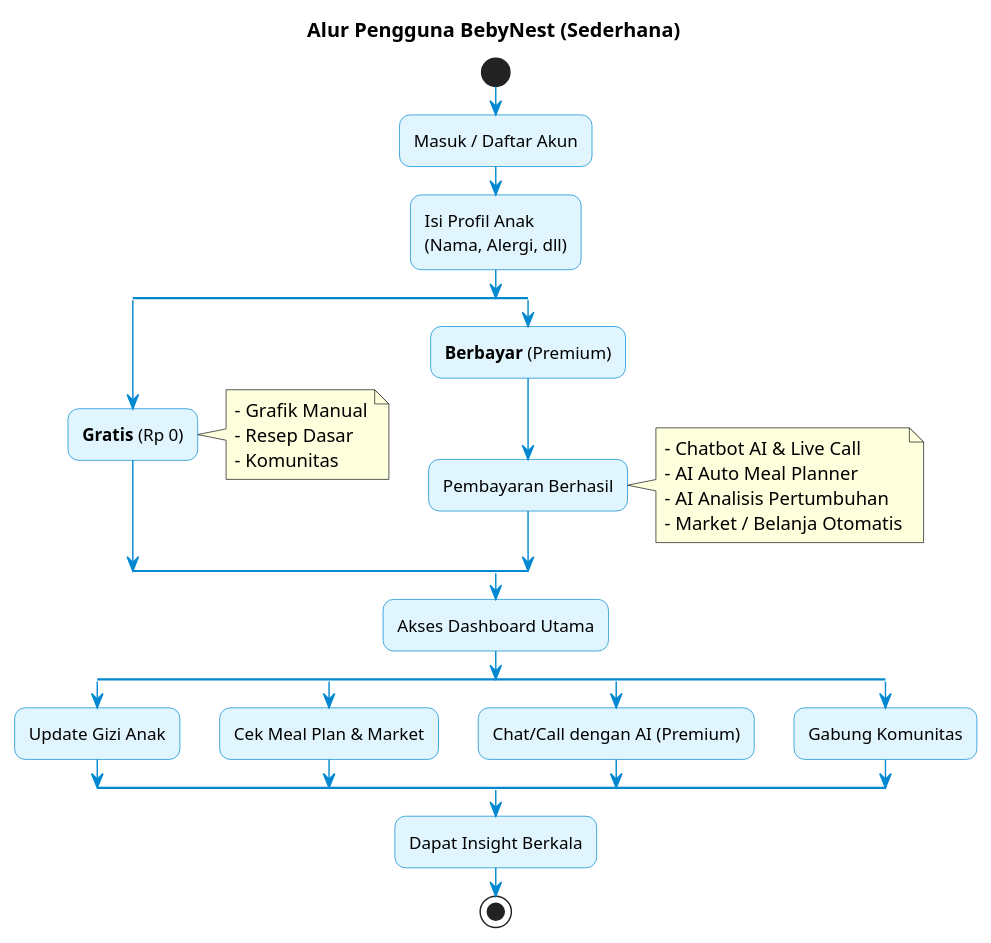
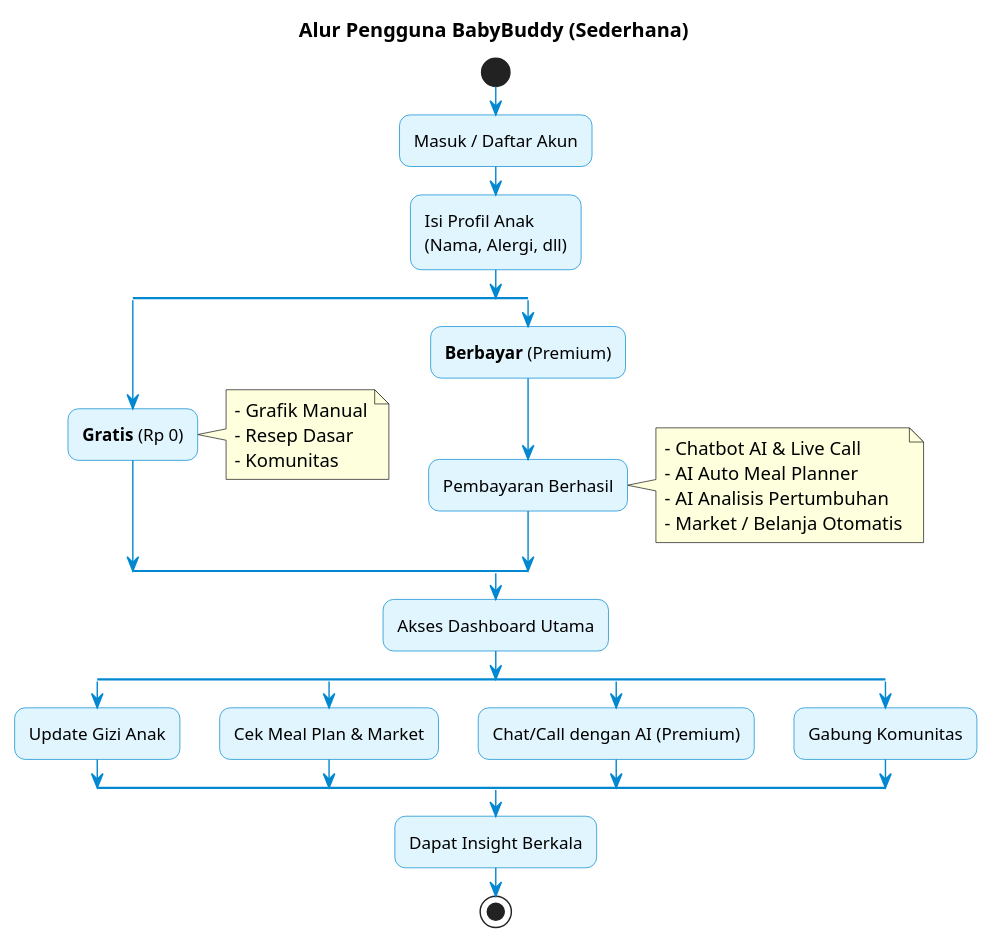
One commit to rafkiyuda/baby-buddy changed the diagram in docs/flowchart.puml. Above: the diagram before and after it, drawn with PlantUML. The commit also changed 14 other files, not shown here.

Commit message:
Rename bebynest to BabyBuddy

```diff
--- a/docs/flowchart.puml
+++ b/docs/flowchart.puml
@@ -1,46 +1,46 @@
 @startuml
 skinparam roundCorner 15
 skinparam backgroundColor white
 skinparam ActivityBackgroundColor #E1F5FE
 skinparam ActivityBorderColor #0288D1
 skinparam ArrowColor #0288D1
 
-title Alur Pengguna BebyNest (Sederhana)
+title Alur Pengguna BabyBuddy (Sederhana)
 
 start
 :Masuk / Daftar Akun;
 :Isi Profil Anak\n(Nama, Alergi, dll);
 
 split
   :**Gratis** (Rp 0);
   note right
     - Grafik Manual
     - Resep Dasar
     - Komunitas
   end note
 split again
   :**Berbayar** (Premium);
   :Pembayaran Berhasil;
   note right
     - Chatbot AI & Live Call
     - AI Auto Meal Planner
     - AI Analisis Pertumbuhan
     - Market / Belanja Otomatis
   end note
 end split
 
 :Akses Dashboard Utama;
 
 split
    :Update Gizi Anak;
 split again
    :Cek Meal Plan & Market;
 split again
    :Chat/Call dengan AI (Premium);
 split again
    :Gabung Komunitas;
 end split
 
 :Dapat Insight Berkala;
 stop
 @enduml
```
